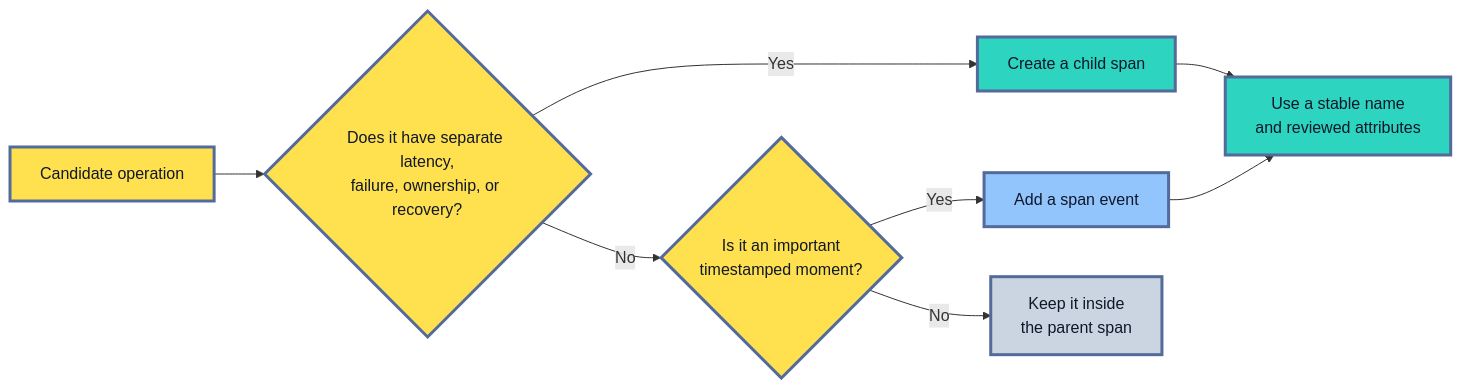
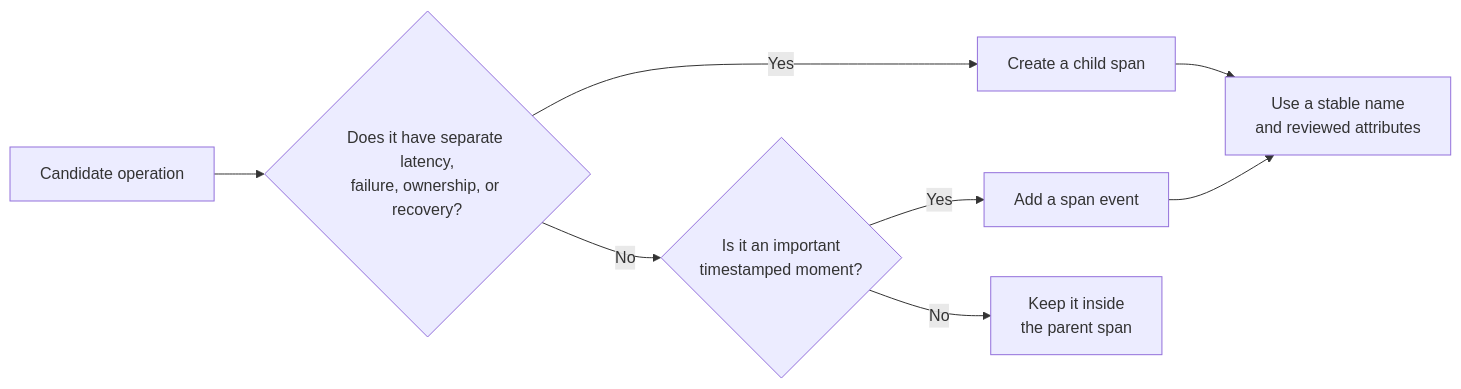
Before and after one commit to senlinyy/dev-roadmaps: the fifth of 11 diagrams in roadmaps/mlops/modules/monitoring-and-feedback/system-observability/03-tracing-ml-services.md, drawn with Mermaid. The commit also changed other lines of this file and 152 other files, not shown here.

Commit message:
feat: mlops and diagrams updated

````diff
--- a/roadmaps/mlops/modules/monitoring-and-feedback/system-observability/03-tracing-ml-services.md
+++ b/roadmaps/mlops/modules/monitoring-and-feedback/system-observability/03-tracing-ml-services.md
@@ -269,19 +260,15 @@
 ```mermaid
 flowchart LR
     A["Candidate operation"] --> B{"Does it have separate latency,<br/>failure, ownership, or recovery?"}
     B -->|"Yes"| C["Create a child span"]
     B -->|"No"| D{"Is it an important<br/>timestamped moment?"}
     D -->|"Yes"| E["Add a span event"]
     D -->|"No"| F["Keep it inside<br/>the parent span"]
     C --> G["Use a stable name<br/>and reviewed attributes"]
     E --> G
 
-    classDef input fill:#FFE04F,stroke:#536A9A,stroke-width:3px,color:#111827
-    classDef span fill:#2DD4BF,stroke:#536A9A,stroke-width:3px,color:#0F172A
-    classDef event fill:#93C5FD,stroke:#536A9A,stroke-width:3px,color:#0F172A
-    classDef internal fill:#CBD5E1,stroke:#536A9A,stroke-width:3px,color:#0F172A
     class A,B,D input
     class C,G span
     class E event
     class F internal
 ```
````
